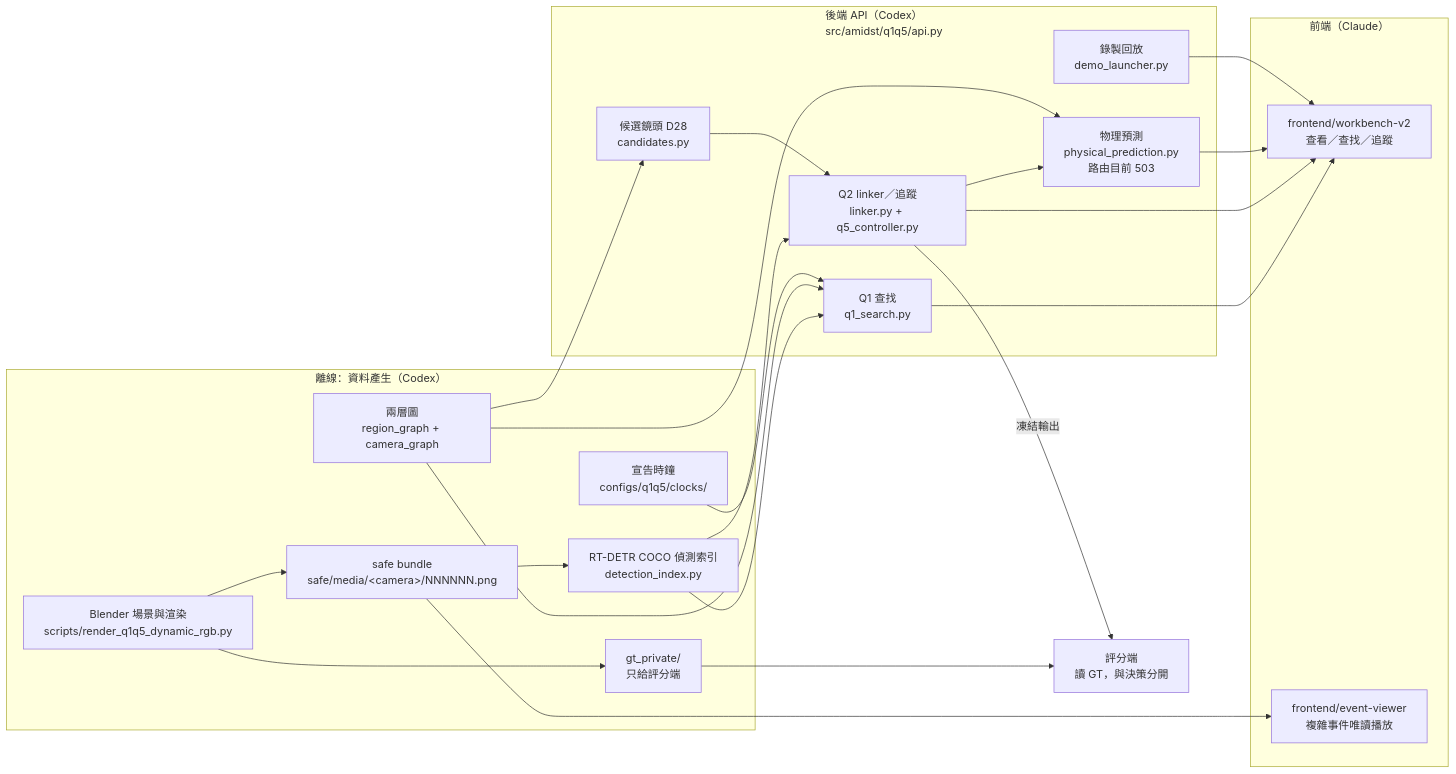
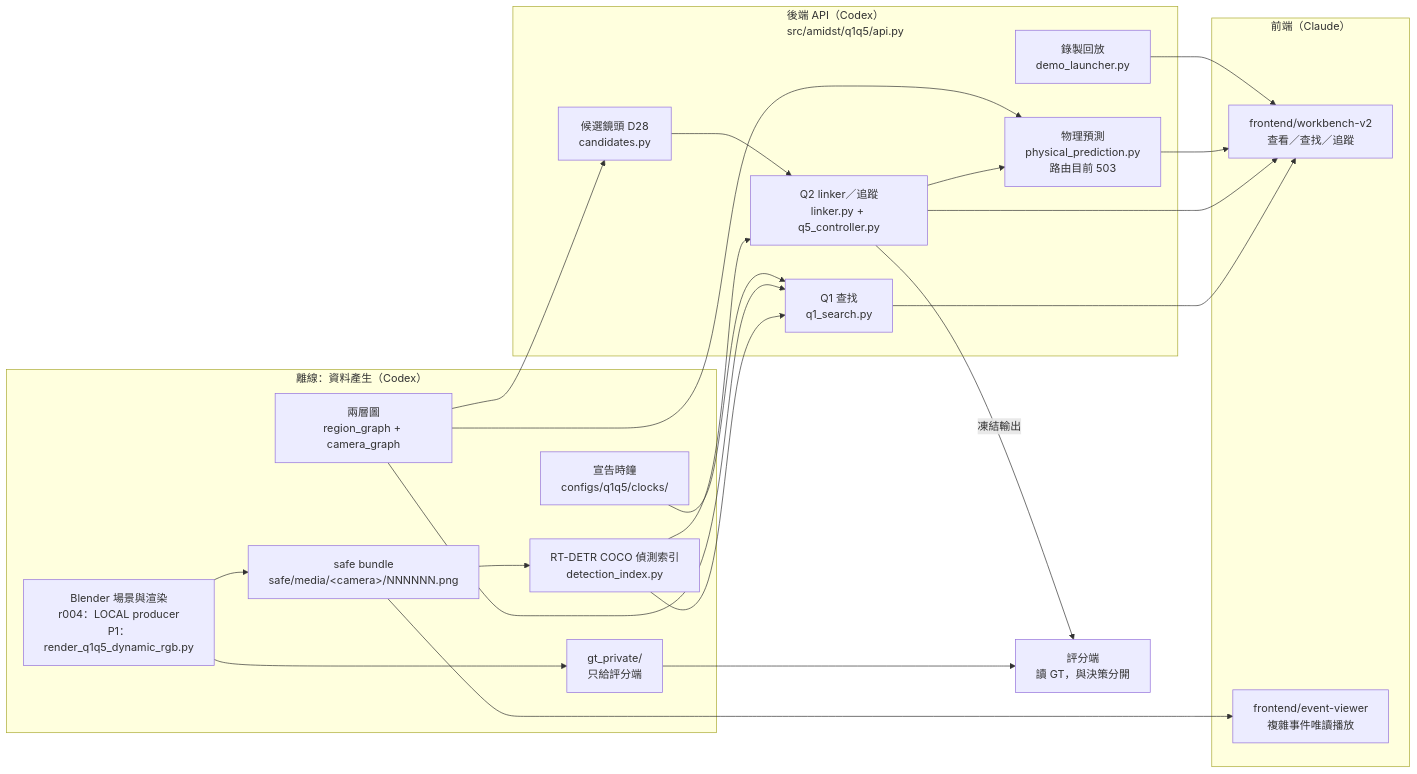
One commit to Polalalabear/amidst changed the first of 2 diagrams in docs/project/SYSTEM_ARCH.md. Above: the diagram before and after it, drawn with Mermaid. The commit also changed other lines of this file and 2 other files, not shown here.

Commit message:
docs(project): add BUILD_FROM_SCRATCH and fix render-script attribution
New BUILD_FROM_SCRATCH.md walks through environment, scene build, routes and
events, rendering, graph/clock/index labelling, GT isolation, per-step checks
and workbench start-up, citing only repo scripts, configs and receipts; steps
whose scripts are LOCAL-only are marked UNKNOWN. README links it.

SYSTEM_ARCH wrongly named scripts/render_q1q5_dynamic_rgb.py as the A4-1/B4-1
renderer; it is the P1 20 fps engineering producer. The r004 producer is
LOCAL and not in the repo.

````diff
--- a/docs/project/SYSTEM_ARCH.md
+++ b/docs/project/SYSTEM_ARCH.md
@@ -9,45 +9,45 @@
 ```mermaid
 flowchart LR
   subgraph OFF["離線：資料產生（Codex）"]
-    BL["Blender 場景與渲染<br/>scripts/render_q1q5_dynamic_rgb.py"]
+    BL["Blender 場景與渲染<br/>r004：LOCAL producer<br/>P1：render_q1q5_dynamic_rgb.py"]
     SB["safe bundle<br/>safe/media/&lt;camera&gt;/NNNNNN.png"]
     GTP["gt_private/<br/>只給評分端"]
     IDX["RT-DETR COCO 偵測索引<br/>detection_index.py"]
     G["兩層圖<br/>region_graph + camera_graph"]
     CLK["宣告時鐘<br/>configs/q1q5/clocks/"]
     BL --> SB
     BL --> GTP
     SB --> IDX
   end
 
   subgraph BE["後端 API（Codex）<br/>src/amidst/q1q5/api.py"]
     Q1["Q1 查找<br/>q1_search.py"]
     Q2["Q2 linker／追蹤<br/>linker.py + q5_controller.py"]
     CAND["候選鏡頭 D28<br/>candidates.py"]
     PP["物理預測<br/>physical_prediction.py<br/>路由目前 503"]
     REC["錄製回放<br/>demo_launcher.py"]
   end
 
   subgraph FE["前端（Claude）"]
     WB["frontend/workbench-v2<br/>查看／查找／追蹤"]
     EV["frontend/event-viewer<br/>複雜事件唯讀播放"]
   end
 
   EVAL["評分端<br/>讀 GT，與決策分開"]
 
   IDX --> Q1
   G --> Q1
   CLK --> Q1
   IDX --> Q2
   G --> CAND
   CAND --> Q2
   Q2 --> PP
   G --> PP
   Q1 --> WB
   Q2 --> WB
   PP --> WB
   REC --> WB
   SB --> EV
   Q2 -->|"凍結輸出"| EVAL
   GTP --> EVAL
 ```
````
